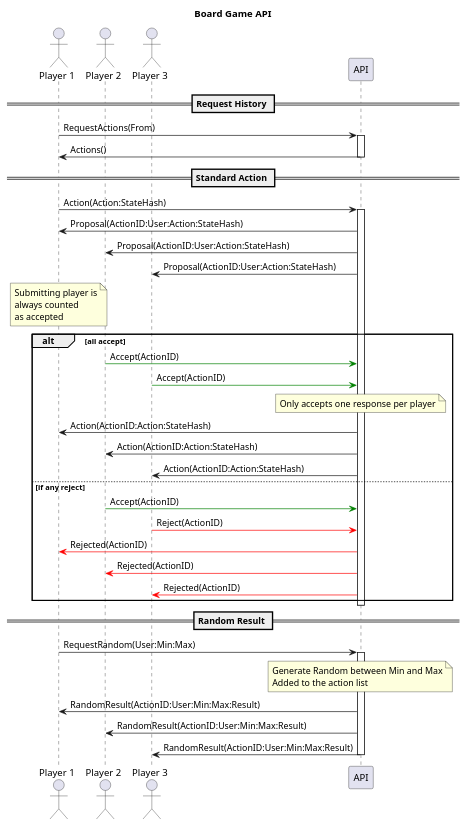
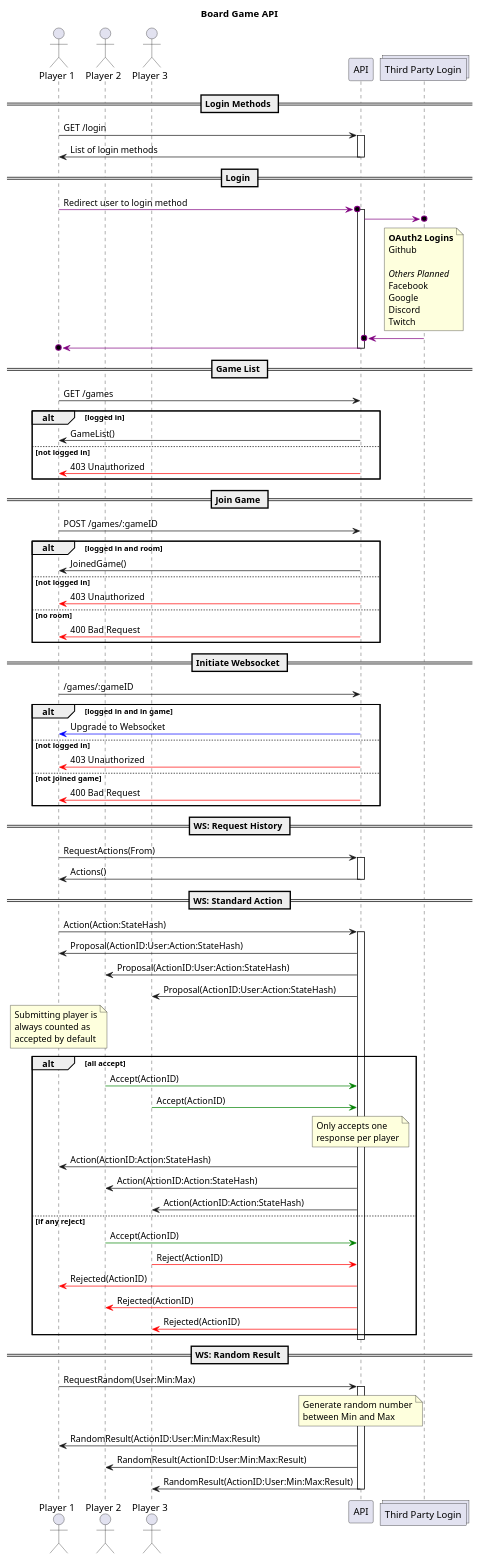
The diagram in seq.plantuml (kelsin/boardgameapi), drawn with PlantUML before and after one commit. The commit also changed 1 other file, not shown here.

```diff
--- a/seq.plantuml
+++ b/seq.plantuml
@@ -1,46 +1,90 @@
 @startuml
 title Board Game API
 actor "Player 1" as p1
 actor "Player 2" as p2
 actor "Player 3" as p3
 participant API
+collections "Third Party Login" as login
 
-== Request History ==
+== Login Methods ==
+p1 -> API: GET /login
+activate API
+API -> p1: List of login methods
+deactivate API
+
+== Login ==
+p1 -[#purple]>o API: Redirect user to login method
+activate API
+API -[#purple]>o login
+note over login: **OAuth2 Logins**\nGithub\n\n//Others Planned//\nFacebook\nGoogle\nDiscord\nTwitch
+login -[#purple]>o API
+API -[#purple]>o p1
+deactivate API
+
+== Game List ==
+p1 -> API: GET /games
+alt logged in
+API -> p1: GameList()
+else not logged in
+API -[#red]> p1: 403 Unauthorized
+end alt
+
+== Join Game ==
+p1 -> API: POST /games/:gameID
+alt logged in and room
+API -> p1: JoinedGame()
+else not logged in
+API -[#red]> p1: 403 Unauthorized
+else no room
+API -[#red]> p1: 400 Bad Request
+end alt
+
+== Initiate Websocket ==
+p1 -> API: /games/:gameID
+alt logged in and in game
+API -[#blue]> p1: Upgrade to Websocket
+else not logged in
+API -[#red]> p1: 403 Unauthorized
+else not joined game
+API -[#red]> p1: 400 Bad Request
+end alt
+
+== WS: Request History ==
 p1 -> API:RequestActions(From)
 activate API
 API -> p1:Actions()
 deactivate API
 
-== Standard Action ==
+== WS: Standard Action ==
 p1 -> API:Action(Action:StateHash)
 activate API
 API -> p1: Proposal(ActionID:User:Action:StateHash)
 API -> p2: Proposal(ActionID:User:Action:StateHash)
 API -> p3: Proposal(ActionID:User:Action:StateHash)
-note over p1: Submitting player is\nalways counted\nas accepted
+note over p1: Submitting player is\nalways counted as\naccepted by default
 
 alt all accept
 p2 -[#green]> API: Accept(ActionID)
 p3 -[#green]> API: Accept(ActionID)
-note over API: Only accepts one response per player
+note over API: Only accepts one\nresponse per player
 API -> p1: Action(ActionID:Action:StateHash)
 API -> p2: Action(ActionID:Action:StateHash)
 API -> p3: Action(ActionID:Action:StateHash)
 else if any reject
 p2 -[#green]> API: Accept(ActionID)
 p3 -[#red]> API: Reject(ActionID)
 API -[#red]> p1: Rejected(ActionID)
 API -[#red]> p2: Rejected(ActionID)
 API -[#red]> p3: Rejected(ActionID)
 end alt
 deactivate API
 
-== Random Result ==
+== WS: Random Result ==
 p1 -> API: RequestRandom(User:Min:Max)
 activate API
-note over API: Generate Random between Min and Max\nAdded to the action list
+note over API: Generate random number\nbetween Min and Max
 API -> p1: RandomResult(ActionID:User:Min:Max:Result)
 API -> p2: RandomResult(ActionID:User:Min:Max:Result)
 API -> p3: RandomResult(ActionID:User:Min:Max:Result)
 deactivate API
 @enduml
```
